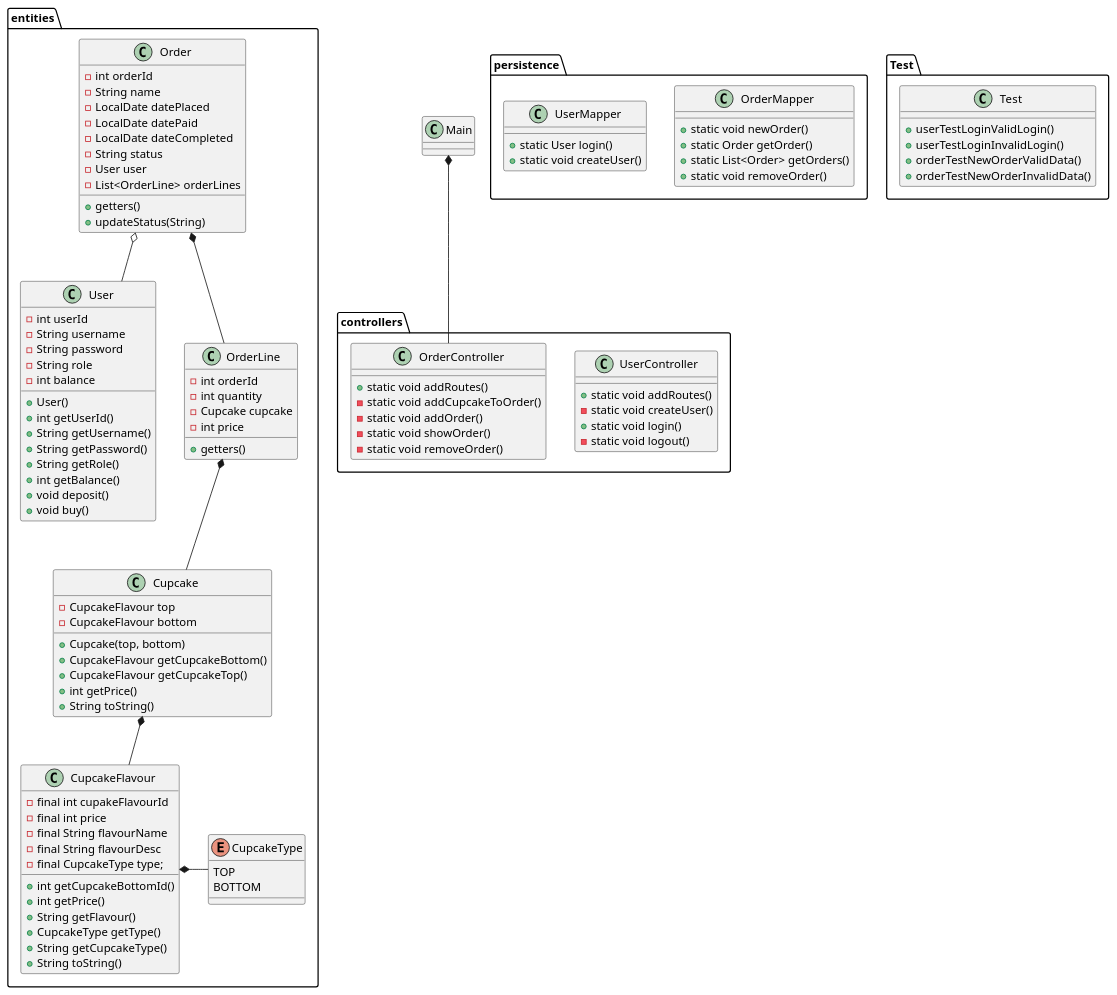
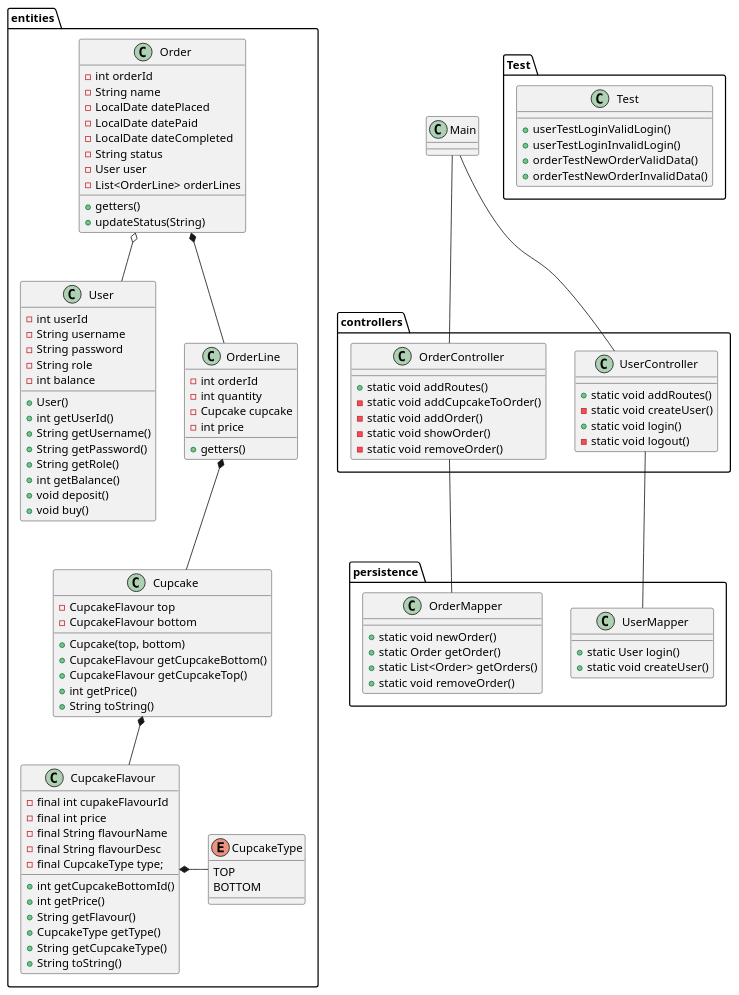
One commit to AndyTheDragon/Cupcake changed the diagram in docs/class-diagramv1.puml. Above: the diagram before and after it, drawn with PlantUML.

Commit message:
Gjort klassediagrammet lidt pænere at se på

```diff
--- a/docs/class-diagramv1.puml
+++ b/docs/class-diagramv1.puml
@@ -1,123 +1,126 @@
 @startuml
 'https://plantuml.com/class-diagram
 
 class Main {
 }
 
 package entities {
     enum CupcakeType {
         TOP
         BOTTOM
     }
     class CupcakeFlavour {
         - final int cupakeFlavourId
         - final int price
         - final String flavourName
         - final String flavourDesc
         - final CupcakeType type;
         + int getCupcakeBottomId()
         + int getPrice()
         + String getFlavour()
         + CupcakeType getType()
         + String getCupcakeType()
         'override
         + String toString()
     }
 
     class Cupcake {
         - CupcakeFlavour top
         - CupcakeFlavour bottom
         + Cupcake(top, bottom)
         + CupcakeFlavour getCupcakeBottom()
         + CupcakeFlavour getCupcakeTop()
         + int getPrice()
         'override
         + String toString()
     }
 
     class User {
         - int userId
         - String username
         - String password
         - String role
         - int balance
         + User()
         + int getUserId()
         + String getUsername()
         + String getPassword()
         + String getRole()
         + int getBalance()
         + void deposit()
         + void buy()
     }
 
     class Order {
         - int orderId
         - String name
         - LocalDate datePlaced
         - LocalDate datePaid
         - LocalDate dateCompleted
         - String status
         - User user
         - List<OrderLine> orderLines
         + getters()
         + updateStatus(String)
     }
     class OrderLine {
         - int orderId
         - int quantity
         - Cupcake cupcake
         - int price
         + getters()
     }
 }
 
 package controllers {
     class UserController {
         + static void addRoutes()
         - static void createUser()
         + static void login()
         - static void logout()
     }
     class OrderController {
         + static void addRoutes()
         - static void addCupcakeToOrder()
         - static void addOrder()
         - static void showOrder()
         - static void removeOrder()
     }
 }
 
 package persistence {
     class OrderMapper {
         + static void newOrder()
         + static Order getOrder()
         + static List<Order> getOrders()
         + static void removeOrder()
     }
 
     class UserMapper {
         + static User login()
         + static void createUser()
     }
 }
 
 package Test {
  class Test {
     + userTestLoginValidLogin()
     + userTestLoginInvalidLogin()
     + orderTestNewOrderValidData()
     + orderTestNewOrderInvalidData()
 
 
  }
 }
 
-Main *-- OrderController
+Main -- OrderController
+Main -- UserController
+OrderController -- OrderMapper
+UserController -- UserMapper
 Cupcake *-- CupcakeFlavour
 Order *-- OrderLine
 Order o-- User
 OrderLine *-- Cupcake
 CupcakeFlavour *- CupcakeType
 
 @enduml
```
